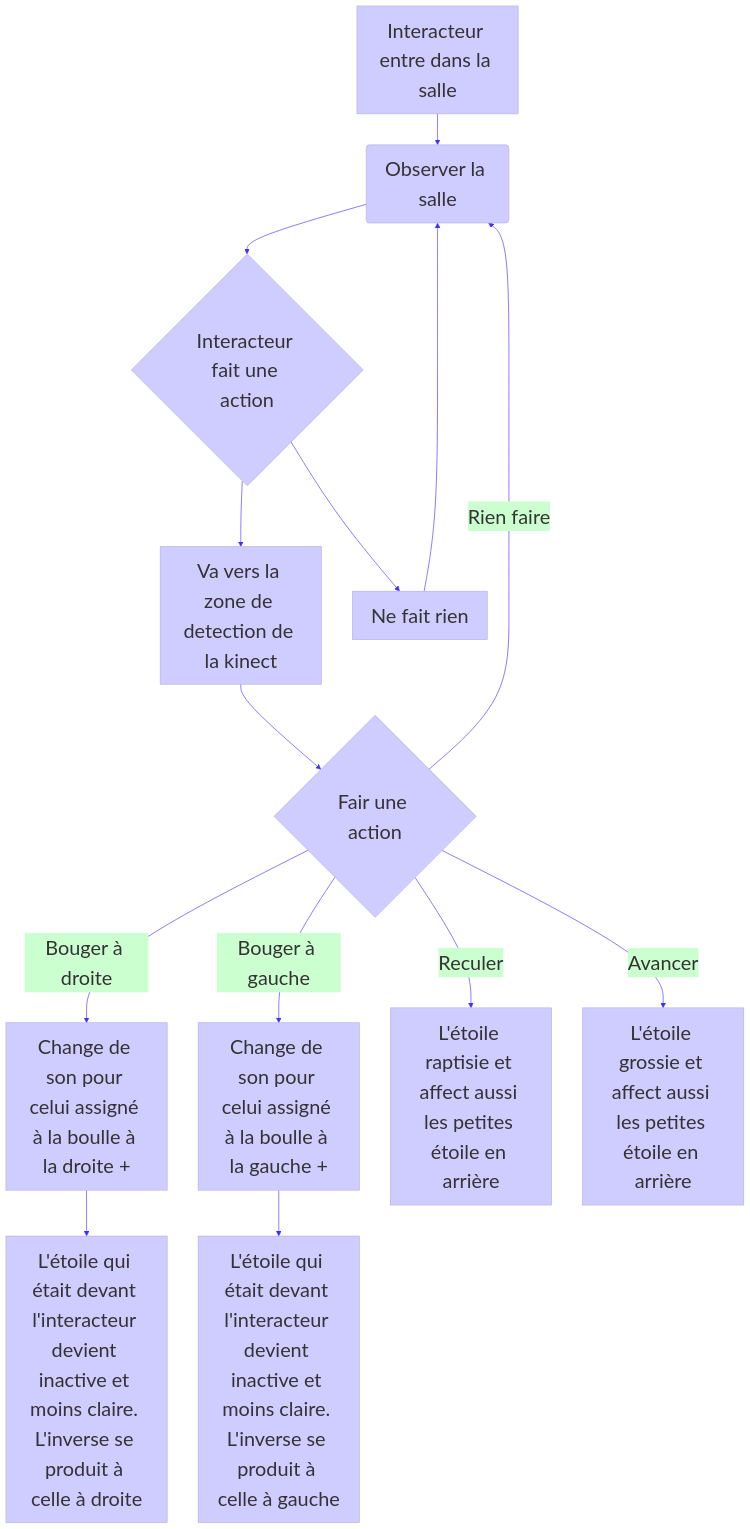
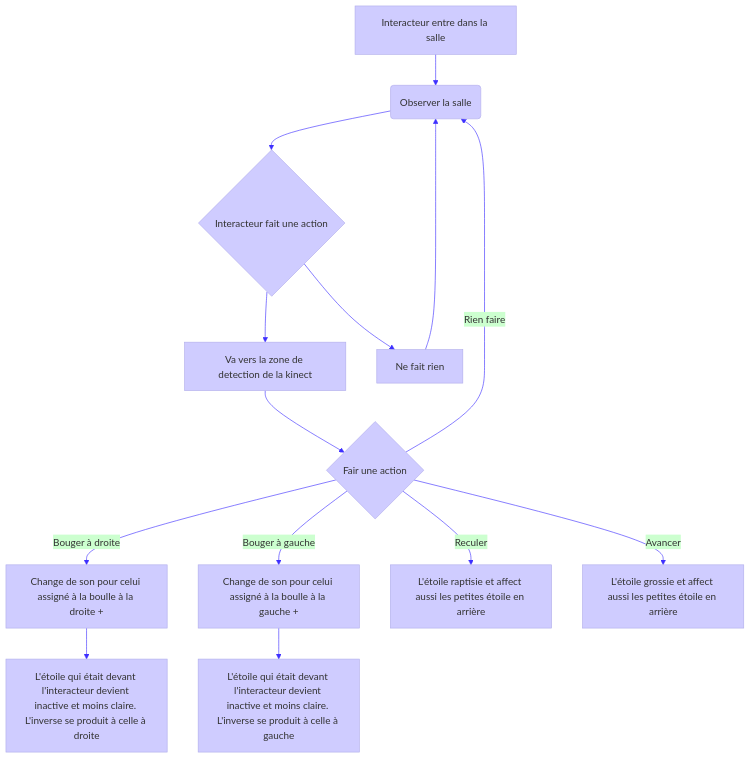
The diagram in README.md (victorgileau/piano_etoile_scenarisation_projet), drawn with Mermaid before and after one commit.

Commit message:
Update README.md-mermaid-font-size

````diff
--- a/README.md
+++ b/README.md
@@ -48,19 +48,19 @@
 ```mermaid
-%%{init: {'theme': 'base', 'themeVariables': { 'fontSize': '2em', 'primaryColor': '#cfccff'}}}%%
+%%{init: {'theme': 'base', 'themeVariables': { 'fontSize': '16px', 'primaryColor': '#cfccff'}}}%%
 flowchart TD
     A[Interacteur entre dans la salle] --> B(Observer la salle)
     B --> C{Interacteur fait une action}
     C --> D[Va vers la zone de detection de la kinect]
     C --> E[Ne fait rien]
     E --> B
     D --> F{Fair une action}
     F -->|Bouger à droite| G[Change de son pour celui assigné à la boulle à la droite + ]
     F -->|Bouger à gauche| H[Change de son pour celui assigné à la boulle à la gauche + ]
     F -->|Reculer| I[L'étoile raptisie et affect aussi les petites étoile en arrière]
     F -->|Avancer| J[L'étoile grossie et affect aussi les petites étoile en arrière]
     F -->|Rien faire| B
     G --> K[L'étoile qui était devant l'interacteur devient inactive et moins claire. L'inverse se produit à celle à droite]
     H --> L[L'étoile qui était devant l'interacteur devient inactive et moins claire. L'inverse se produit à celle à gauche]
 
 linkStyle default stroke:#3e30ff
 ```
````
